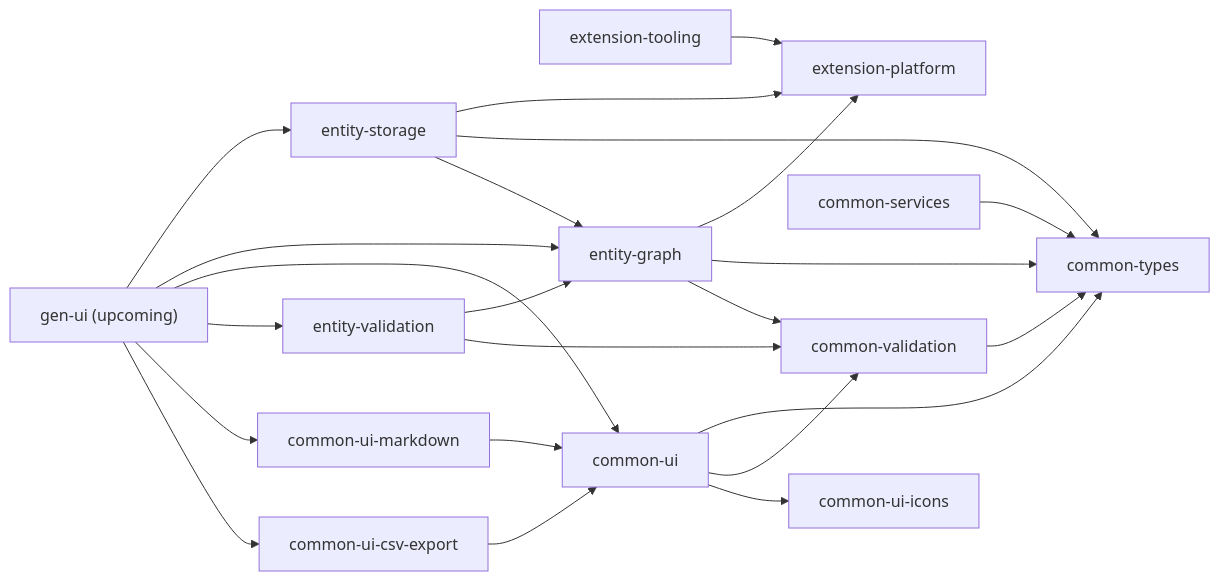
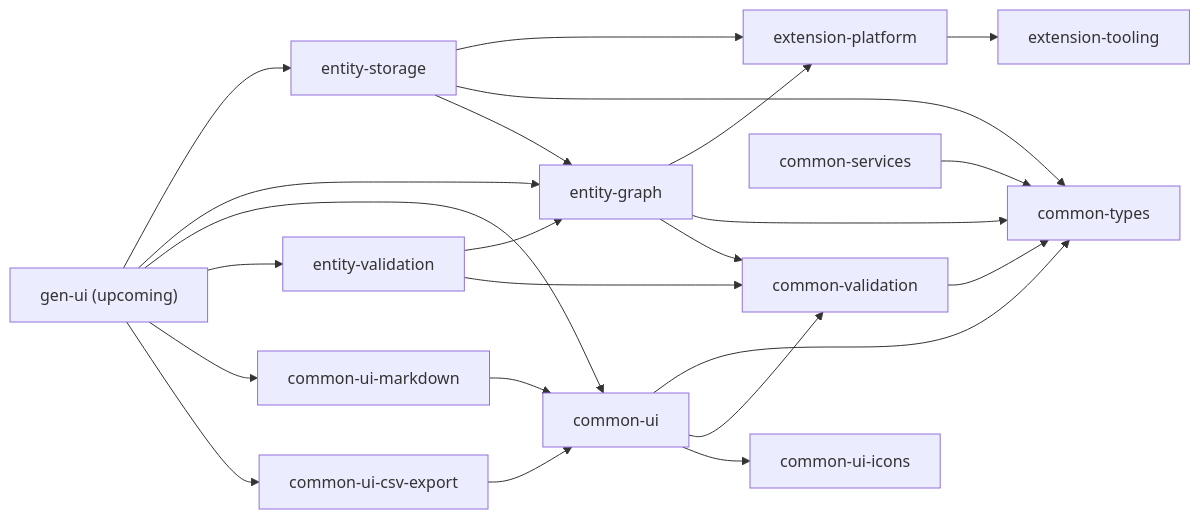
Before and after one commit to seij-net/seij-commons-js: the diagram in README.md, drawn with Mermaid.

Commit message:
[all] prettier

````diff
--- a/README.md
+++ b/README.md
@@ -17,46 +17,46 @@
 ```mermaid
 flowchart LR
   ExtensionPlatform[extension-platform]
   ExtensionTooling[extension-tooling]
   CommonTypes[common-types]
   CommonValidation[common-validation]
   CommonServices[common-services]
   CommonUI[common-ui]
   CommonUIIcons[common-ui-icons]
   CommonMarkdown[common-ui-markdown]
   CommonCsv[common-ui-csv-export]
   EntityGraph[entity-graph]
   EntityStorage[entity-storage]
   EntityValidation[entity-validation]
   GenUI["gen-ui (upcoming)"]
 
-  ExtensionTooling --> ExtensionPlatform
+  ExtensionPlatform --> ExtensionTooling
   CommonValidation --> CommonTypes
   CommonServices --> CommonTypes
 
   EntityGraph --> ExtensionPlatform
   EntityGraph --> CommonTypes
   EntityGraph --> CommonValidation
 
   EntityStorage --> ExtensionPlatform
   EntityStorage --> CommonTypes
   EntityStorage --> EntityGraph
 
   EntityValidation --> EntityGraph
   EntityValidation --> CommonValidation
 
   CommonUI --> CommonTypes
   CommonUI --> CommonValidation
   CommonUI --> CommonUIIcons
 
   CommonMarkdown --> CommonUI
   CommonCsv --> CommonUI
 
 
   GenUI --> EntityStorage
   GenUI --> EntityGraph
   GenUI --> CommonUI
   GenUI --> EntityValidation
   GenUI --> CommonMarkdown
   GenUI --> CommonCsv
 ```
````
